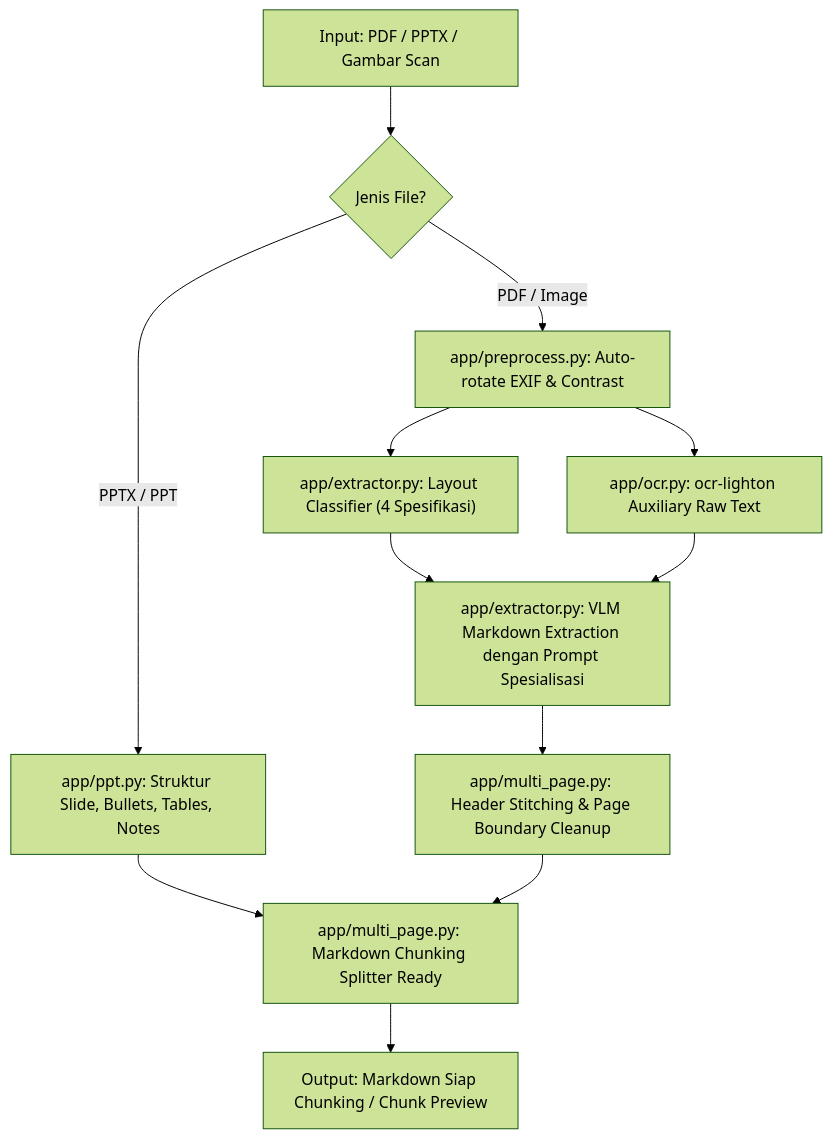
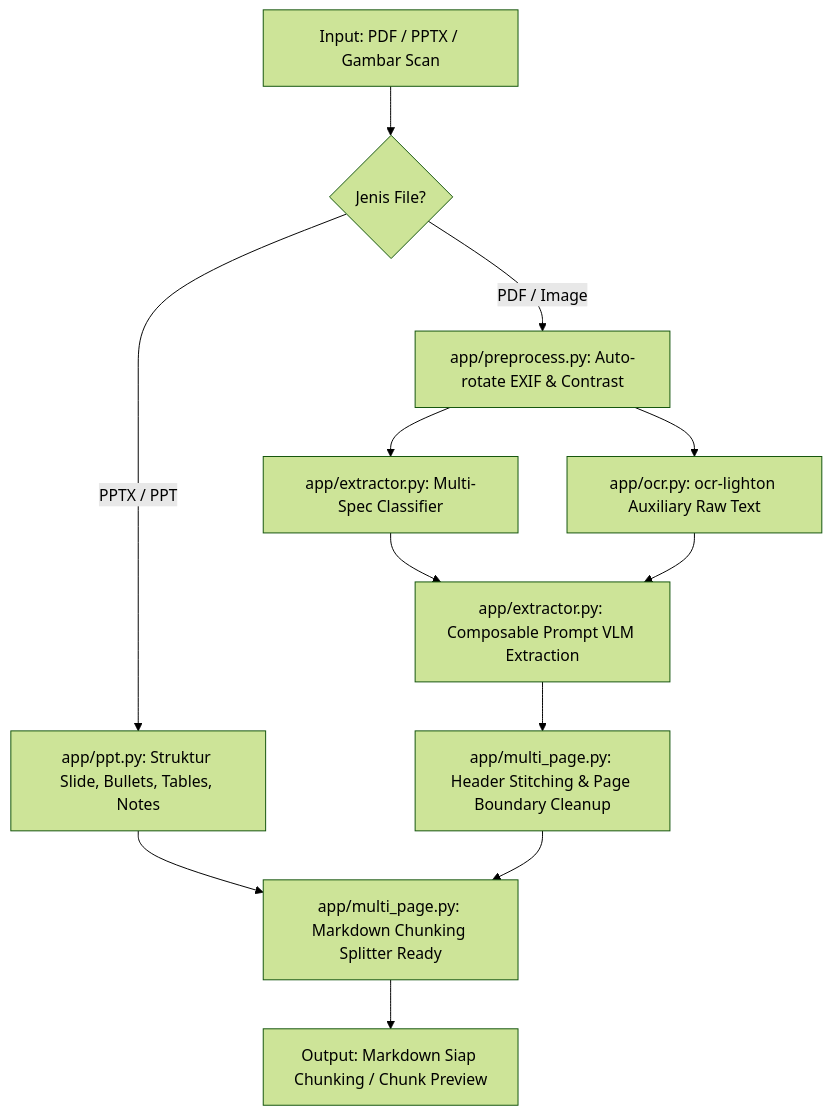
Before and after one commit to daruoktab/jds-magang-ocr-agent: the diagram in README.md, drawn with Mermaid (forest theme). The commit also changed other lines of this file and 8 other files, not shown here.

Commit message:
feat: implement multi-specification composite layout and composable prompts

````diff
--- a/README.md
+++ b/README.md
@@ -23,19 +25,19 @@
 ```mermaid
 flowchart TD
     DOC["Input: PDF / PPTX / Gambar Scan"] --> ROUTE{"Jenis File?"}
     
     ROUTE -- "PPTX / PPT" --> PPT["app/ppt.py: Struktur Slide, Bullets, Tables, Notes"]
     ROUTE -- "PDF / Image" --> PRE["app/preprocess.py: Auto-rotate EXIF & Contrast"]
     
     PRE --> OCR["app/ocr.py: ocr-lighton Auxiliary Raw Text"]
-    PRE --> CLS["app/extractor.py: Layout Classifier (4 Spesifikasi)"]
+    PRE --> CLS["app/extractor.py: Multi-Spec Classifier"]
     
-    CLS --> VLM["app/extractor.py: VLM Markdown Extraction dengan Prompt Spesialisasi"]
+    CLS --> VLM["app/extractor.py: Composable Prompt VLM Extraction"]
     OCR --> VLM
     
     VLM --> MULTI["app/multi_page.py: Header Stitching & Page Boundary Cleanup"]
     PPT --> CHUNK
     MULTI --> CHUNK["app/multi_page.py: Markdown Chunking Splitter Ready"]
     
     CHUNK --> OUT["Output: Markdown Siap Chunking / Chunk Preview"]
 ```
````
